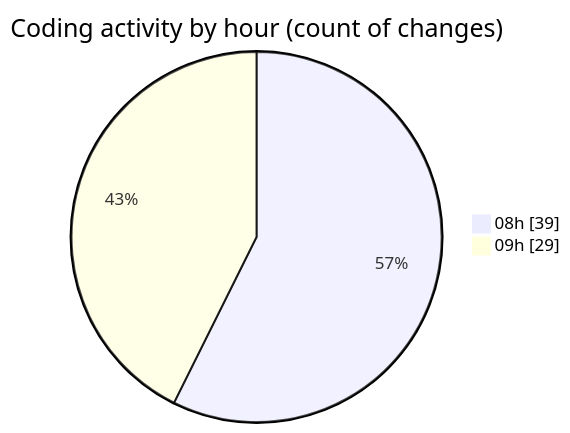
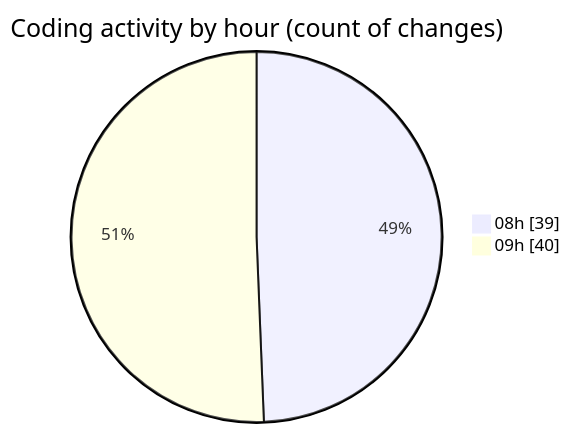
One commit to CELIANVF/code-tracking changed the second of 2 diagrams in 2025-05-16/ecodeli-1/README.md. Above: the diagram before and after it, drawn with Mermaid. The commit also changed other lines of this file and 1 other file, not shown here.

````diff
--- a/2025-05-16/ecodeli-1/README.md
+++ b/2025-05-16/ecodeli-1/README.md
@@ -56,6 +56,6 @@
 ```mermaid
 pie showData
 title Coding activity by hour (count of changes)
 "08h" : 39
-"09h" : 29
+"09h" : 40
 ```
````
